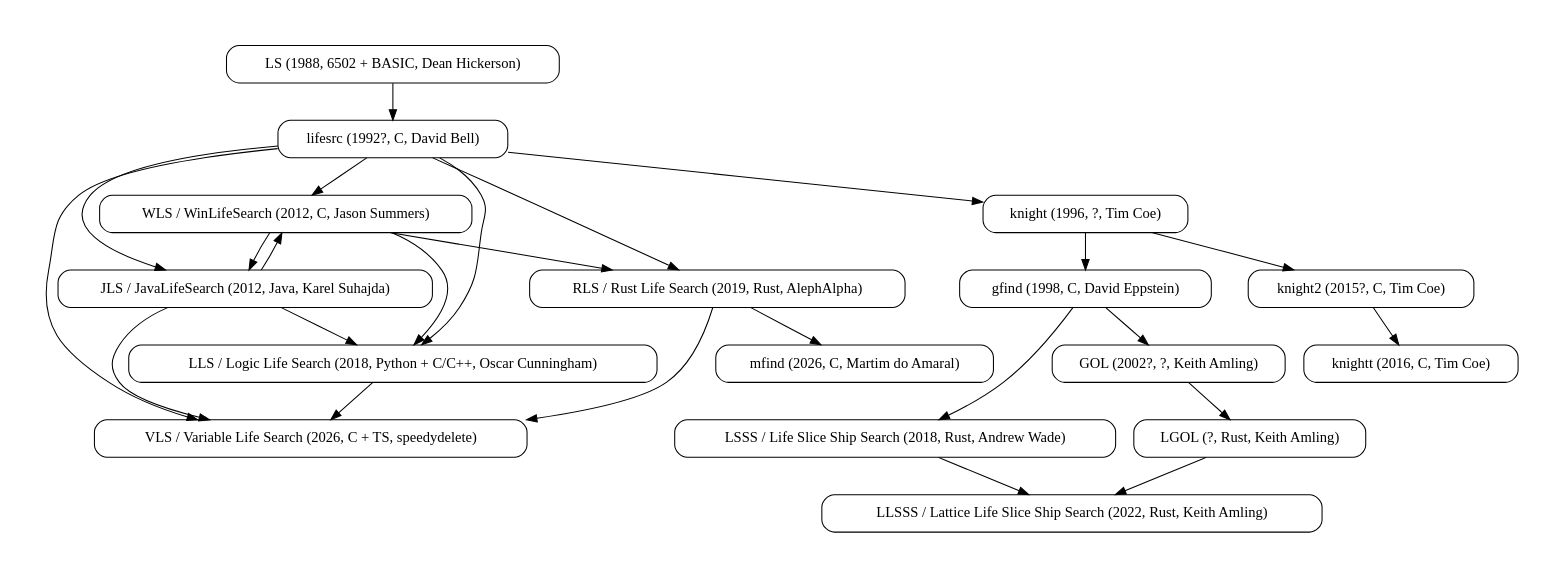
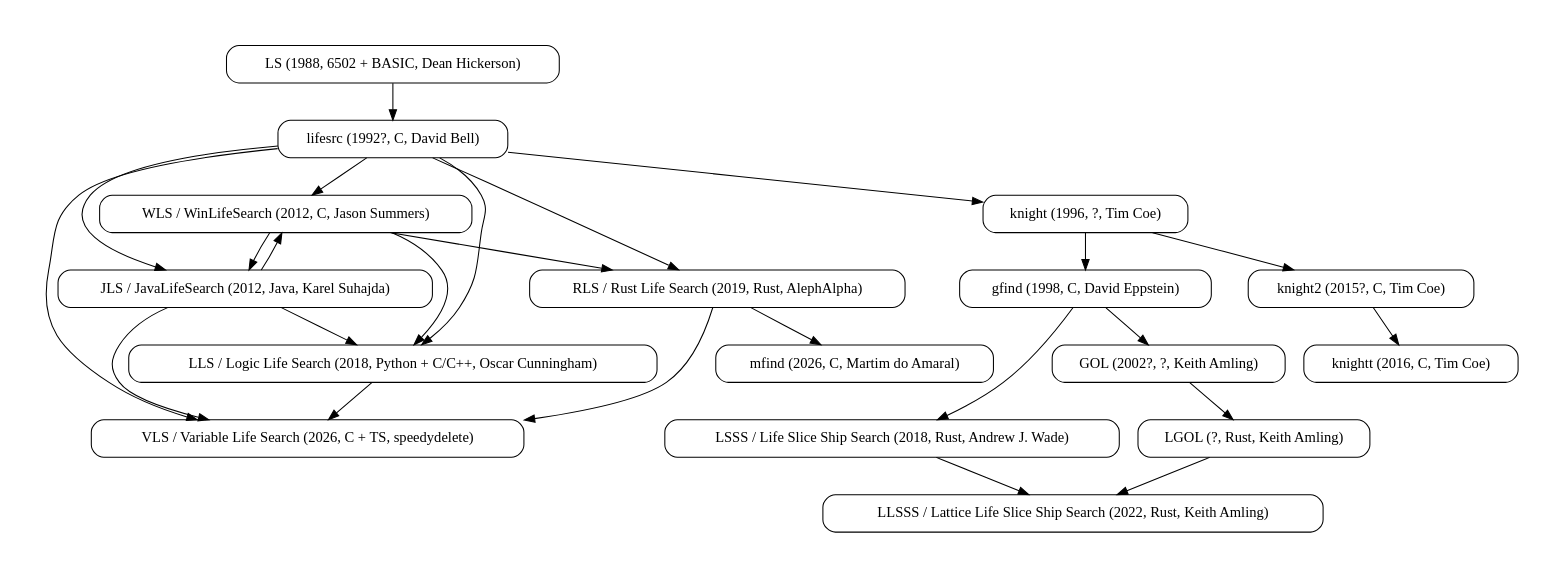
One commit to speedydelete/lifeweb changed the diagram in search_programs.dot. Above: the diagram before and after it, drawn with Graphviz.

Commit message:
oops 1242

```diff
--- a/search_programs.dot
+++ b/search_programs.dot
@@ -1,55 +1,55 @@
 
 digraph search_programs {
     
     pad = "0.5"
     node [shape = box, style = rounded]
 
     "LS" [label="LS (1988, 6502 + BASIC, Dean Hickerson)", URL="https://github.com/DavidKinder/Xlife/blob/master/Xlife35/source/lifesearch/ORIGIN"]
     "lifesrc" [label="lifesrc (1992?, C, David Bell)", URL="https://github.com/DavidKinder/Xlife/tree/master/Xlife35/source/lifesearch"]
     "WLS" [label="WLS / WinLifeSearch (2012, C, Jason Summers)", URL="https://github.com/jsummers/winlifesearch/"]
     "JLS" [label="JLS / JavaLifeSearch (2012, Java, Karel Suhajda)", URL="https://conwaylife.com/forums/viewtopic.php?f=9&t=990"]
     "LLS" [label="LLS / Logic Life Search (2018, Python + C/C++, Oscar Cunningham)", URL="https://gitlab.com/OscarCunningham/logic-life-search/"]
     "RLS" [label="RLS / Rust Life Search (2019, Rust, AlephAlpha)", URL="https://github.com/AlephAlpha/rlifesrc"]
     "VLS" [label="VLS / Variable Life Search (2026, C + TS, speedydelete)", URL="https://github.com/speedydelete/lifeweb/tree/main/src/vls"]
     "mfind" [label="mfind (2026, C, Martim do Amaral)", URL="https://conwaylife.com/forums/viewtopic.php?t=7497"]
 
     "LS" -> "lifesrc"
     "lifesrc" -> "WLS"
     "lifesrc" -> "JLS"
     "WLS" -> "JLS"
     "JLS" -> "WLS"
     "lifesrc" -> "LLS"
     "WLS" -> "LLS"
     "JLS" -> "LLS"
     "lifesrc" -> "RLS"
     "WLS" -> "RLS"
     "lifesrc" -> "VLS"
     "JLS" -> "VLS"
     "LLS" -> "VLS"
     "RLS" -> "VLS"
     "RLS" -> "mfind"
 
     "knight" [label="knight (1996, ?, Tim Coe)", URL="https://arxiv.org/pdf/cs/0004003"]
     "knight2" [label="knight2 (2015?, C, Tim Coe)", URL="https://conwaylife.com/forums/viewtopic.php?t=1969"]
     "knightt" [label="knightt (2016, C, Tim Coe)", URL="https://conwaylife.com/forums/viewtopic.php?p=28891#p28891"]
 
     "lifesrc" -> "knight"
     "knight" -> "knight2"
     "knight2" -> "knightt"
 
     "gfind" [label="gfind (1998, C, David Eppstein)", URL="https://ics.uci.edu/~eppstein/ca/gfind.c"]
 
     "knight" -> "gfind"
 
     "GOL" [label="GOL (2002?, ?, Keith Amling)", URL="https://codeberg.org/amling/rlife/"]
     "LGOL" [label="LGOL (?, Rust, Keith Amling)", URL="https://codeberg.org/amling/rlife/"]
-    "LSSS" [label="LSSS / Life Slice Ship Search (2018, Rust, Andrew Wade)", URL="https://codeberg.org/ajwade/life_slice_ship_search"]
+    "LSSS" [label="LSSS / Life Slice Ship Search (2018, Rust, Andrew J. Wade)", URL="https://codeberg.org/ajwade/life_slice_ship_search"]
     "LLSSS" [label="LLSSS / Lattice Life Slice Ship Search (2022, Rust, Keith Amling)", URL="https://codeberg.org/amling/rlife/"]
 
     "gfind" -> "GOL"
     "GOL" -> "LGOL"
     "gfind" -> "LSSS"
     "LGOL" -> "LLSSS"
     "LSSS" -> "LLSSS"
 
 }
```
